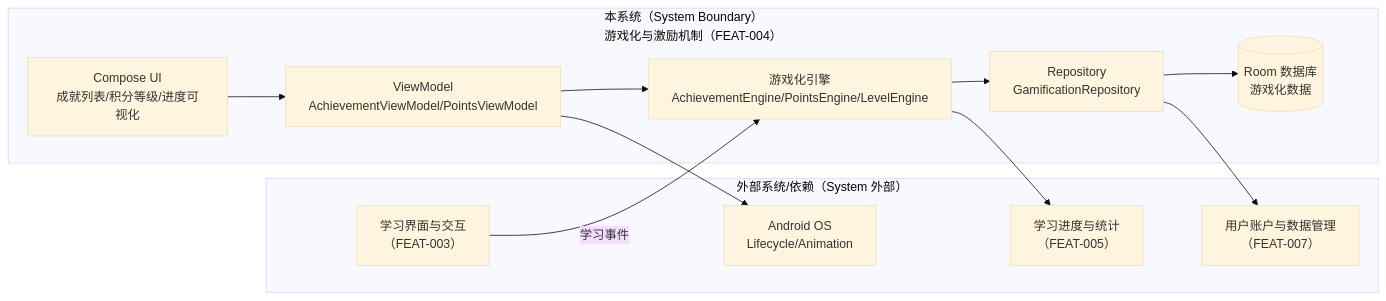
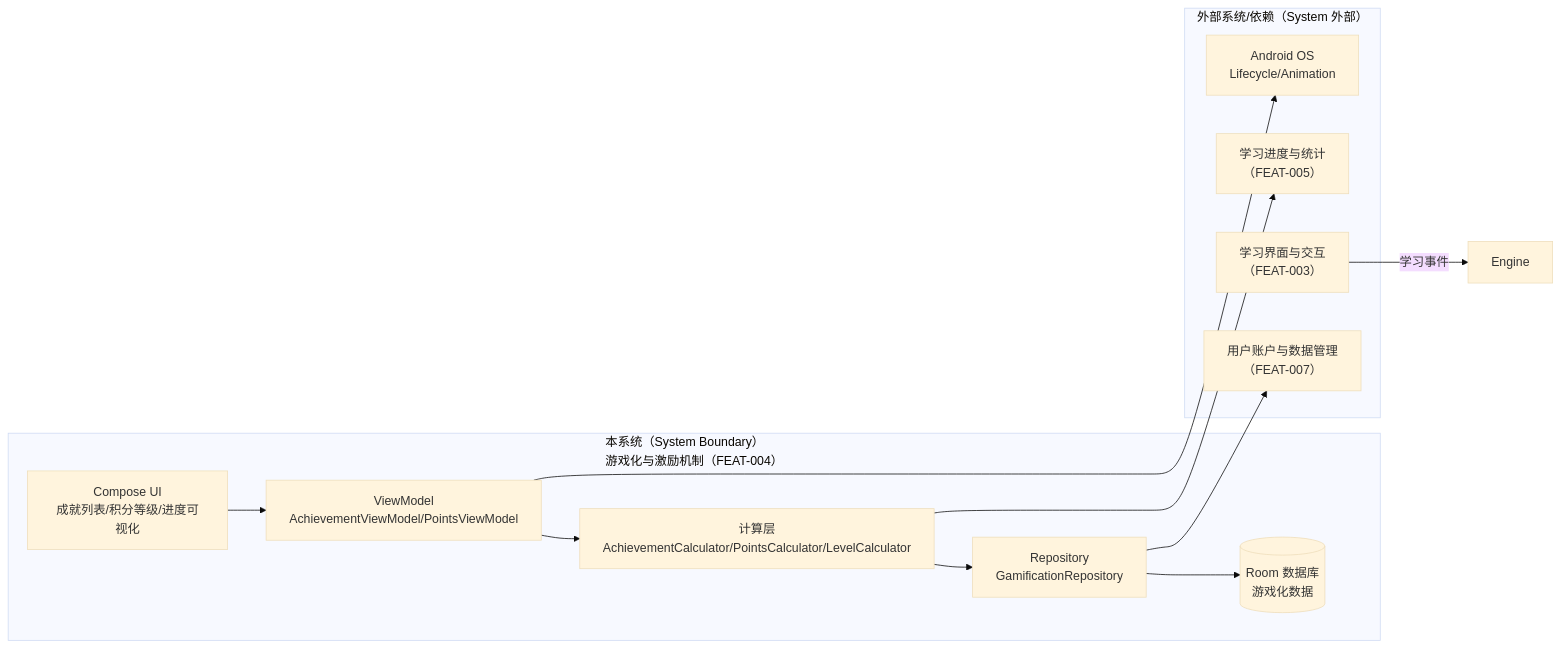
One commit to jackykarma/Verity changed the first of 6 diagrams in specs/epics/EPIC-001-word-memory-app/features/FEAT-004-gamification-incentive/full-design.md. Above: the diagram before and after it, drawn with Mermaid (base theme). The commit also changed other lines of this file and 20 other files, not shown here.

````diff
--- a/specs/epics/EPIC-001-word-memory-app/features/FEAT-004-gamification-incentive/full-design.md
+++ b/specs/epics/EPIC-001-word-memory-app/features/FEAT-004-gamification-incentive/full-design.md
@@ -87,26 +88,26 @@
 ```mermaid
 flowchart LR
   subgraph System["本系统（System Boundary）<br/>游戏化与激励机制（FEAT-004）"]
     UI["Compose UI<br/>成就列表/积分等级/进度可视化"]
     VM["ViewModel<br/>AchievementViewModel/PointsViewModel"]
-    Engine["游戏化引擎<br/>AchievementEngine/PointsEngine/LevelEngine"]
+    Calculator["计算层<br/>AchievementCalculator/PointsCalculator/LevelCalculator"]
     Repo["Repository<br/>GamificationRepository"]
     DB[(Room 数据库<br/>游戏化数据)]
   end
 
   subgraph External["外部系统/依赖（System 外部）"]
     Stats["学习进度与统计<br/>（FEAT-005）"]
     DataMgr["用户账户与数据管理<br/>（FEAT-007）"]
     Learning["学习界面与交互<br/>（FEAT-003）"]
     OS["Android OS<br/>Lifecycle/Animation"]
   end
 
   UI --> VM
-  VM --> Engine
-  Engine --> Repo
+  VM --> Calculator
+  Calculator --> Repo
   Repo --> DB
-  Engine --> Stats
+  Calculator --> Stats
   Repo --> DataMgr
   Learning -->|学习事件| Engine
   VM --> OS
 ```
````
